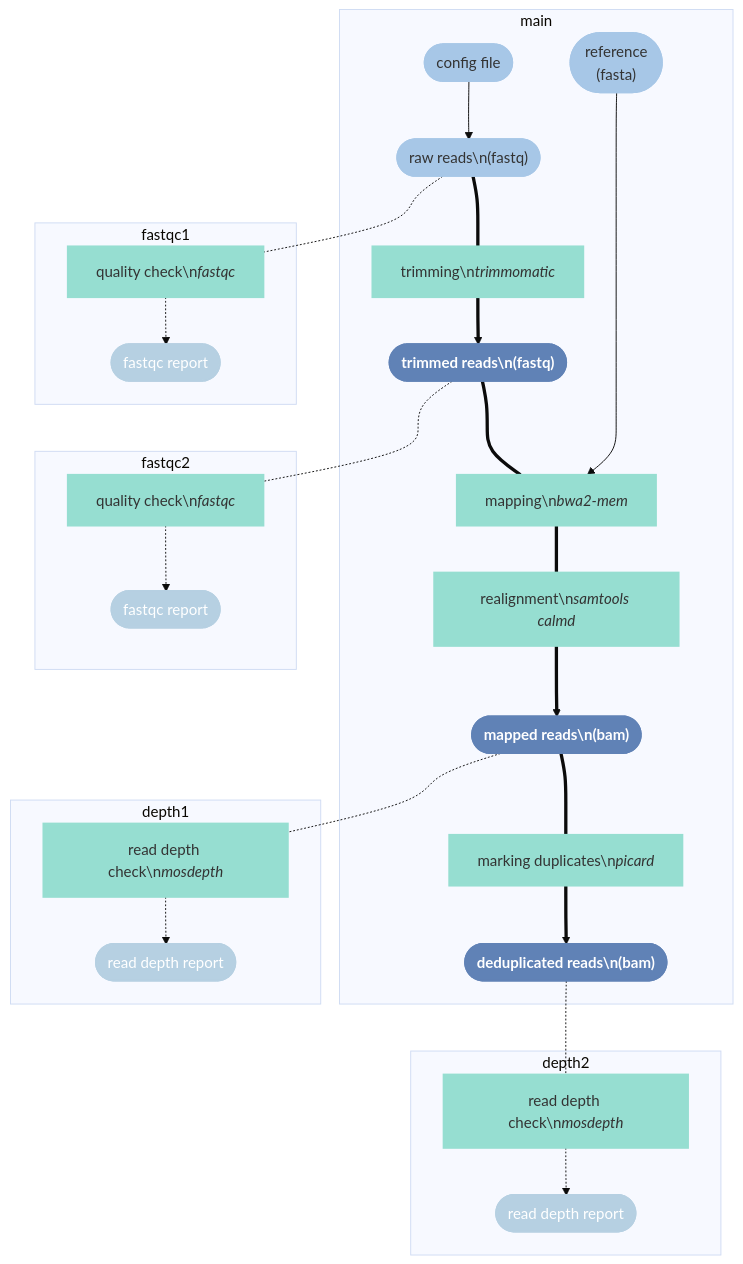
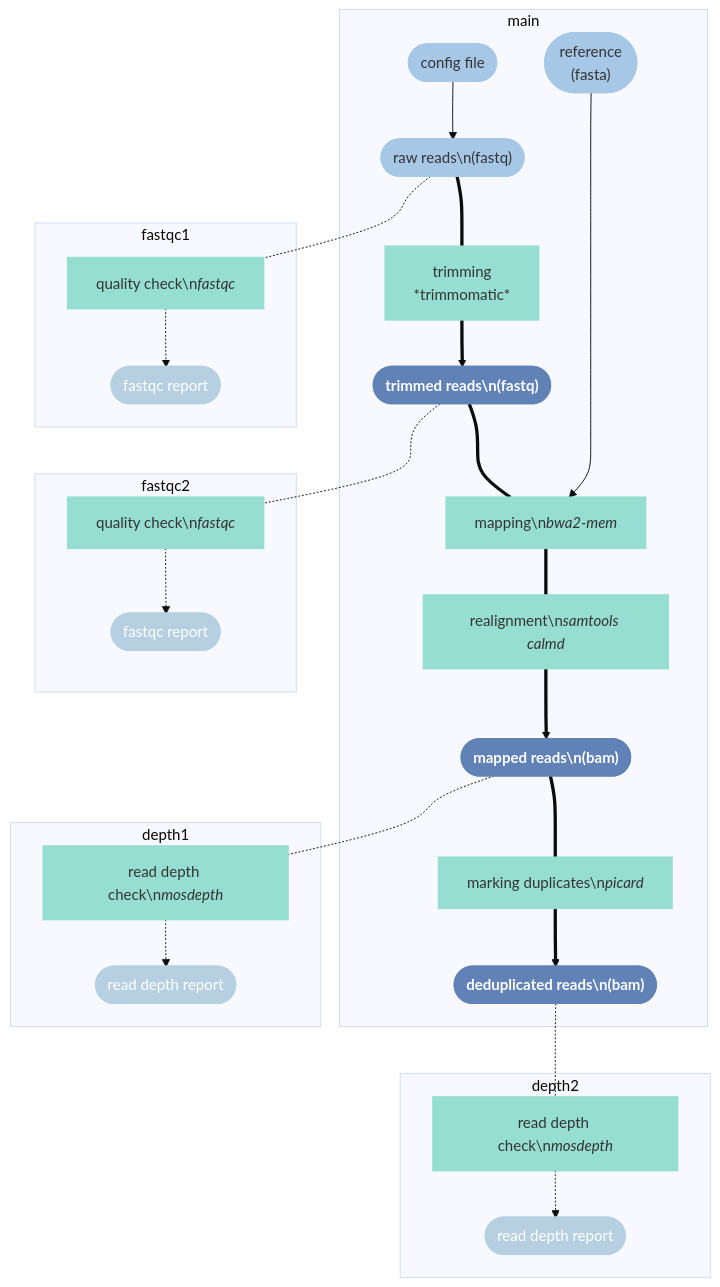
The diagram in README_mapping.md (aniafijarczyk/read-map-call), drawn with Mermaid (base theme) before and after one commit.

````diff
--- a/README_mapping.md
+++ b/README_mapping.md
@@ -3,43 +3,43 @@
 ```mermaid
 
 graph TB;
 
     classDef Output fill:#6082B6,stroke:#6082B6,stroke-width:2px,color:#fff;
     classDef Reports fill:#B6D0E2,stroke:#B6D0E2,stroke-width:2px,color:#fff;
     classDef Input fill:#A7C7E7,stroke:#A7C7E7,stroke-width:2px;
     classDef Process fill:#96DED1,stroke:#96DED1,stroke-width:2px;
     classDef Subgr fill:#FFFFFF,stroke:#FFFFFF;
 
     subgraph main   
         A([config file]):::Input --> B(["`raw reads\n(fastq)`"]);
-        B:::Input === D["`trimming\n*trimmomatic*`"];
+        B:::Input === D["trimming\n*trimmomatic*"];
         D:::Process ==> E(["`**trimmed reads\n(fastq)**`"]);
         E:::Output === G["`mapping\n*bwa2-mem*`"];
         G:::Process === G2["`realignment\n*samtools calmd*`"];
         F(["reference\n(fasta)"]):::Input -----> G;
         G2:::Process ==> K(["`**mapped reads\n(bam)**`"]);
         K:::Output === L["`marking duplicates\n*picard*`"];
         L:::Process ==> M(["`**deduplicated reads\n(bam)**`"]):::Output; 
     end
     
     subgraph fastqc1
         C["`quality check\n*fastqc*`"]:::Process -.-> I([fastqc report]):::Reports;
     end
 
     subgraph fastqc2
         H["`quality check\n*fastqc*`"]:::Process -.-> J([fastqc report]):::Reports;
     end
 
     subgraph depth1
         N["`read depth check\n*mosdepth*`"]:::Process -.-> O([read depth report]):::Reports;
     end
 
     subgraph depth2
         P["`read depth check\n*mosdepth*`"]:::Process -.-> R([read depth report]):::Reports;
     end
 
     B -.- C
     E -.- H
     K -.- N
     M -.- P
 ```
````
